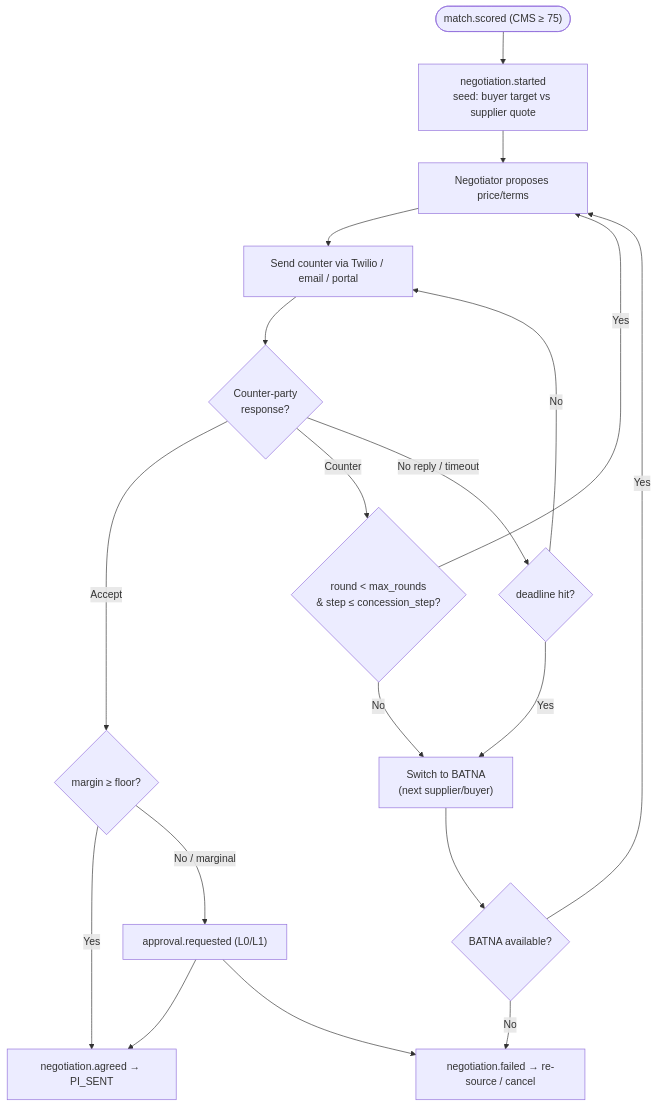
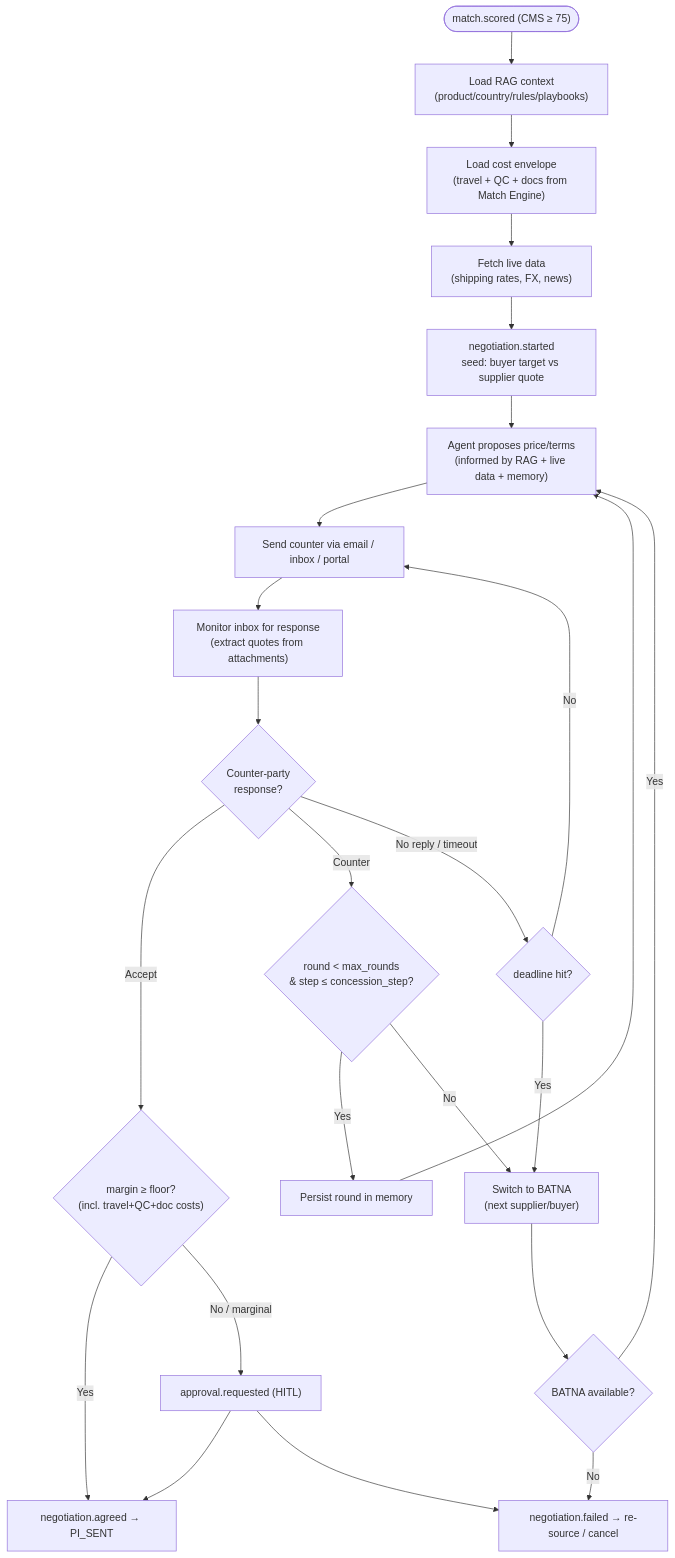
Before and after one commit to RouteToRich/portless: the fifth of 13 diagrams in needed/portless_master_specification.md, drawn with Mermaid. The commit also changed other lines of this file and 53 other files, not shown here.

````diff
--- a/needed/portless_master_specification.md
+++ b/needed/portless_master_specification.md
@@ -254,21 +399,25 @@
 ```mermaid
 flowchart TD
-    START(["match.scored (CMS ≥ 75)"]) --> OPEN["negotiation.started<br/>seed: buyer target vs supplier quote"]
-    OPEN --> ROUND["Negotiator proposes price/terms"]
-    ROUND --> SEND["Send counter via Twilio / email / portal"]
-    SEND --> RESP{"Counter-party<br/>response?"}
-    RESP -->|Accept| GUARD{"margin ≥ floor?"}
+    START(["match.scored (CMS ≥ 75)"]) --> LOAD["Load RAG context<br/>(product/country/rules/playbooks)"]
+    LOAD --> COSTS["Load cost envelope<br/>(travel + QC + docs from Match Engine)"]
+    COSTS --> LIVE["Fetch live data<br/>(shipping rates, FX, news)"]
+    LIVE --> OPEN["negotiation.started<br/>seed: buyer target vs supplier quote"]
+    OPEN --> ROUND["Agent proposes price/terms<br/>(informed by RAG + live data + memory)"]
+    ROUND --> SEND["Send counter via email / inbox / portal"]
+    SEND --> INBOX["Monitor inbox for response<br/>(extract quotes from attachments)"]
+    INBOX --> RESP{"Counter-party<br/>response?"}
+    RESP -->|Accept| GUARD{"margin ≥ floor?<br/>(incl. travel+QC+doc costs)"}
     RESP -->|Counter| LIMIT{"round < max_rounds<br/>& step ≤ concession_step?"}
     RESP -->|No reply / timeout| TIME{"deadline hit?"}
-    LIMIT -->|Yes| ROUND
+    LIMIT -->|Yes| PERSIST["Persist round in memory"] --> ROUND
     LIMIT -->|No| BATNA["Switch to BATNA<br/>(next supplier/buyer)"]
     TIME -->|Yes| BATNA
     TIME -->|No| SEND
     GUARD -->|Yes| OK["negotiation.agreed → PI_SENT"]
-    GUARD -->|No / marginal| HITL["approval.requested (L0/L1)"]
+    GUARD -->|No / marginal| HITL["approval.requested (HITL)"]
     BATNA --> RESRC{"BATNA available?"}
     RESRC -->|Yes| ROUND
     RESRC -->|No| FAIL["negotiation.failed → re-source / cancel"]
     HITL --> OK
     HITL --> FAIL
 ```
````
